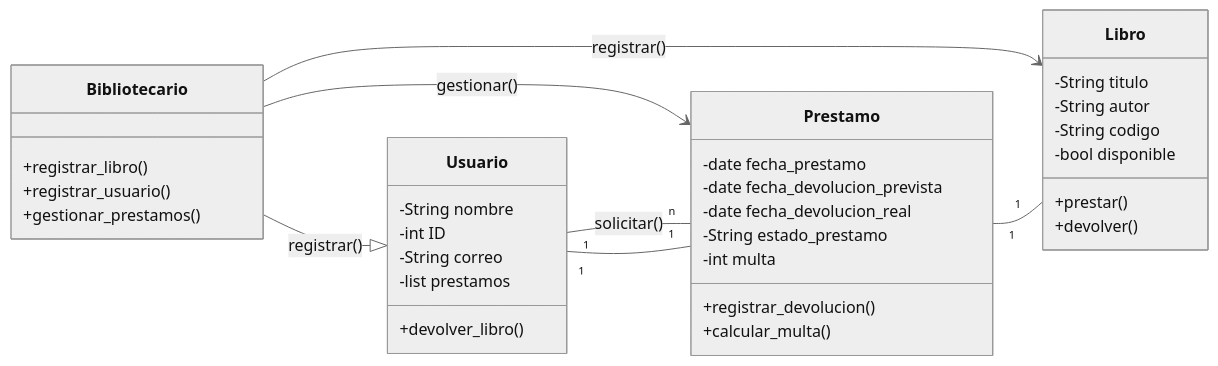
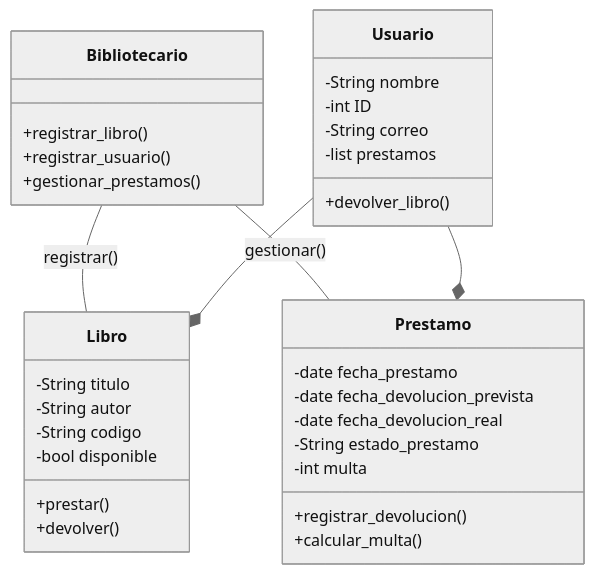
The diagram in diagrama_biblioteca.md (Jimeeee06/reto_2), drawn with Mermaid (neutral theme) before and after one commit.

````diff
--- a/diagrama_biblioteca.md
+++ b/diagrama_biblioteca.md
@@ -2,44 +2,43 @@
 ```mermaid
 classDiagram
-  direction LR
+  direction TB
 
   class Libro {
     -String titulo
     -String autor
     -String codigo
     -bool disponible
     +prestar()
     +devolver()
   }
 
   class Usuario {
     -String nombre
     -int ID
     -String correo
     -list prestamos
     +devolver_libro()
   }
 
   class Bibliotecario {
     +registrar_libro()
     +registrar_usuario()
     +gestionar_prestamos()
   }
 
   class Prestamo {
     -date fecha_prestamo
     -date fecha_devolucion_prevista
     -date fecha_devolucion_real
     -String estado_prestamo
     -int multa
     +registrar_devolucion()
     +calcular_multa()
   }
 
-  Bibliotecario --> Prestamo : gestionar()
-  Bibliotecario --> Libro : registrar()
-  Bibliotecario --|> Usuario : registrar()
-  Usuario "1" -- "n" Prestamo : solicitar()
-  Prestamo "1" -- "1" Libro
-  Prestamo "1" -- "1" Usuario
+  Bibliotecario -- Prestamo : gestionar()
+  Bibliotecario -- Libro : registrar()
+  Usuario --* Libro
+  Usuario --* Prestamo
+  
 ```
````
